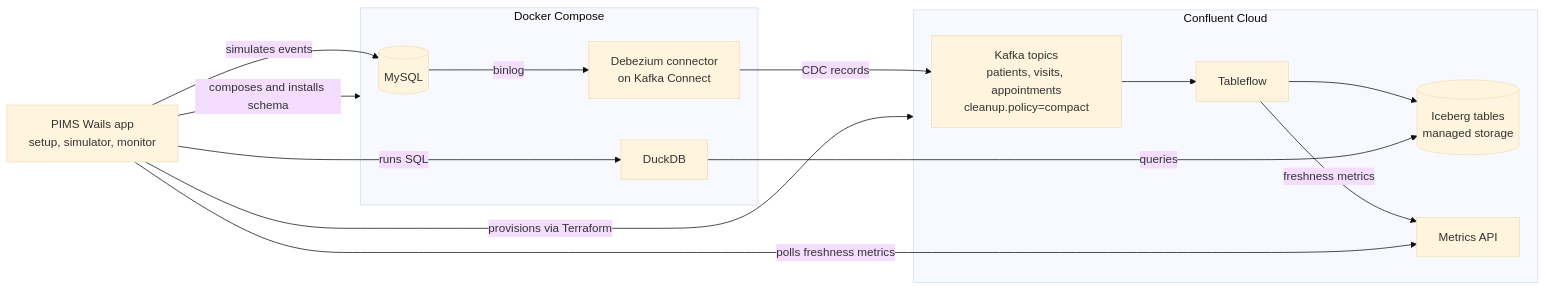
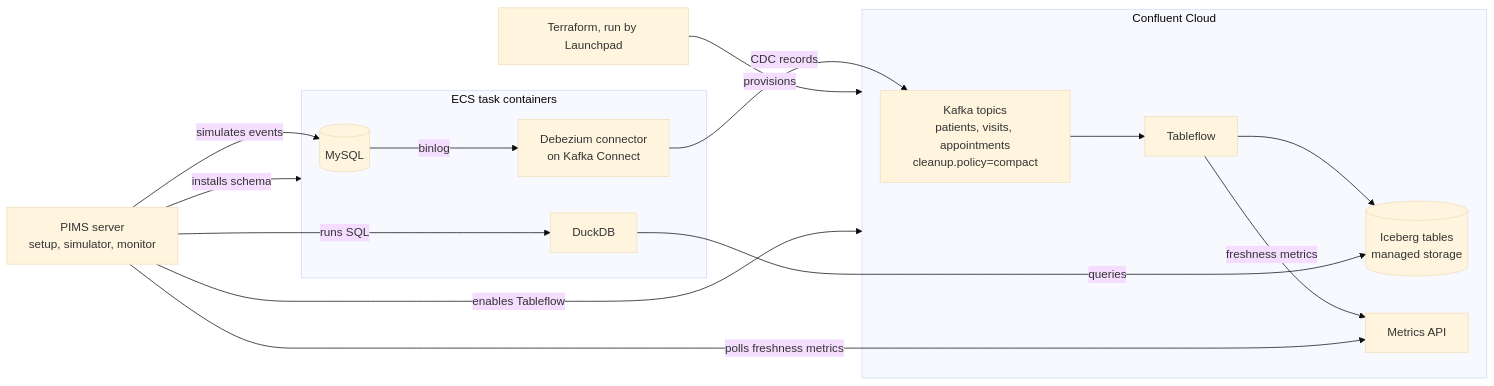
One commit to buddhike/bds-cflt-assets changed the first of 2 diagrams in demos/pims/docs/specs/design.md. Above: the diagram before and after it, drawn with Mermaid (base theme). The commit also changed other lines of this file and 70 other files, not shown here.

First line of the commit message:
pims: refactor: remove the Wails desktop app

````diff
--- a/demos/pims/docs/specs/design.md
+++ b/demos/pims/docs/specs/design.md
@@ -43,26 +46,27 @@
 ```mermaid
 flowchart LR
-    subgraph Local[Docker Compose]
+    subgraph Local[ECS task containers]
         MySQL[(MySQL)]
         DBZ[Debezium connector<br/>on Kafka Connect]
         DuckDB[DuckDB]
     end
     subgraph CC[Confluent Cloud]
         Topics[Kafka topics<br/>patients, visits, appointments<br/>cleanup.policy=compact]
         TF[Tableflow]
         Iceberg[(Iceberg tables<br/>managed storage)]
         Metrics[Metrics API]
     end
-    App[PIMS Wails app<br/>setup, simulator, monitor]
+    App[PIMS server<br/>setup, simulator, monitor]
 
-    App -- provisions via Terraform --> CC
-    App -- composes and installs schema --> Local
+    Terraform[Terraform, run by Launchpad] -- provisions --> CC
+    App -- installs schema --> Local
+    App -- enables Tableflow --> CC
     App -- simulates events --> MySQL
     MySQL -- binlog --> DBZ
     DBZ -- CDC records --> Topics
     Topics --> TF --> Iceberg
     DuckDB -- queries --> Iceberg
     TF -- freshness metrics --> Metrics
     App -- polls freshness metrics --> Metrics
     App -- runs SQL --> DuckDB
 ```
````
